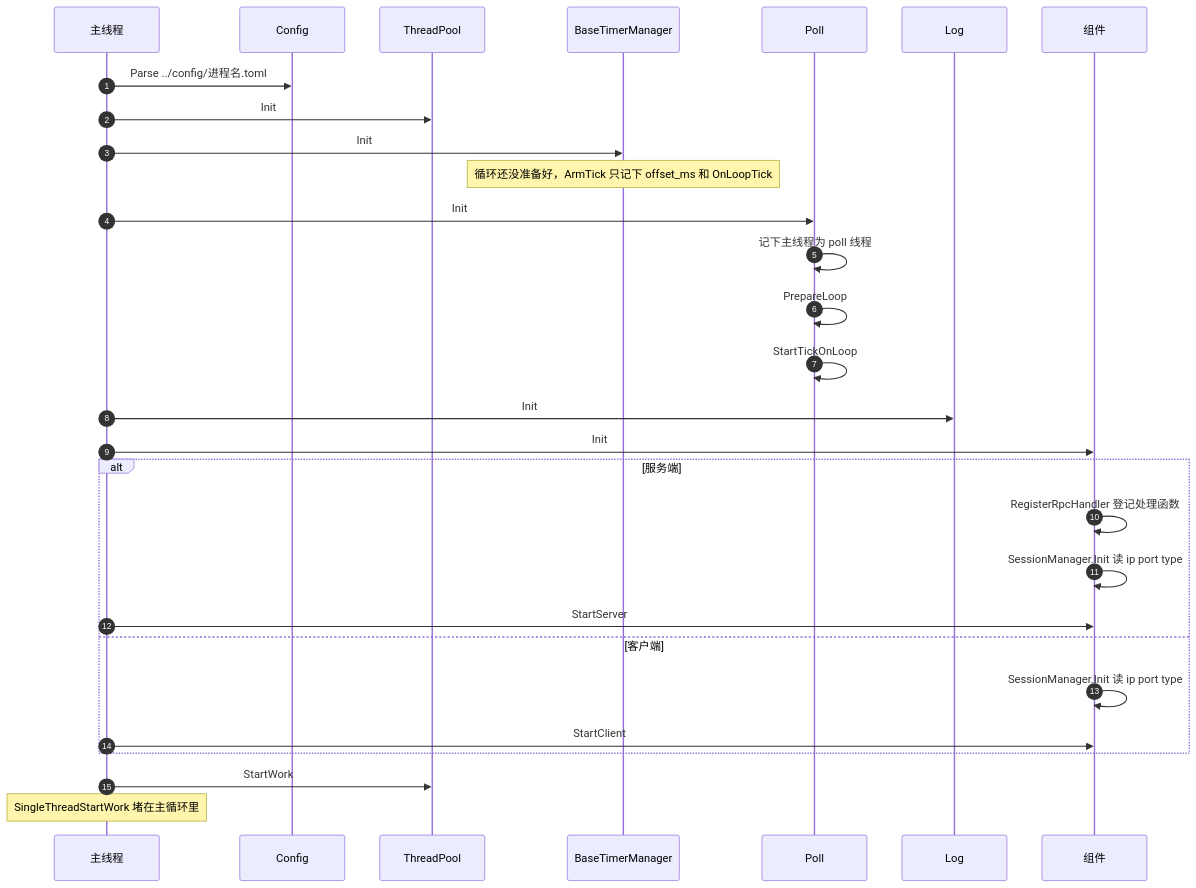
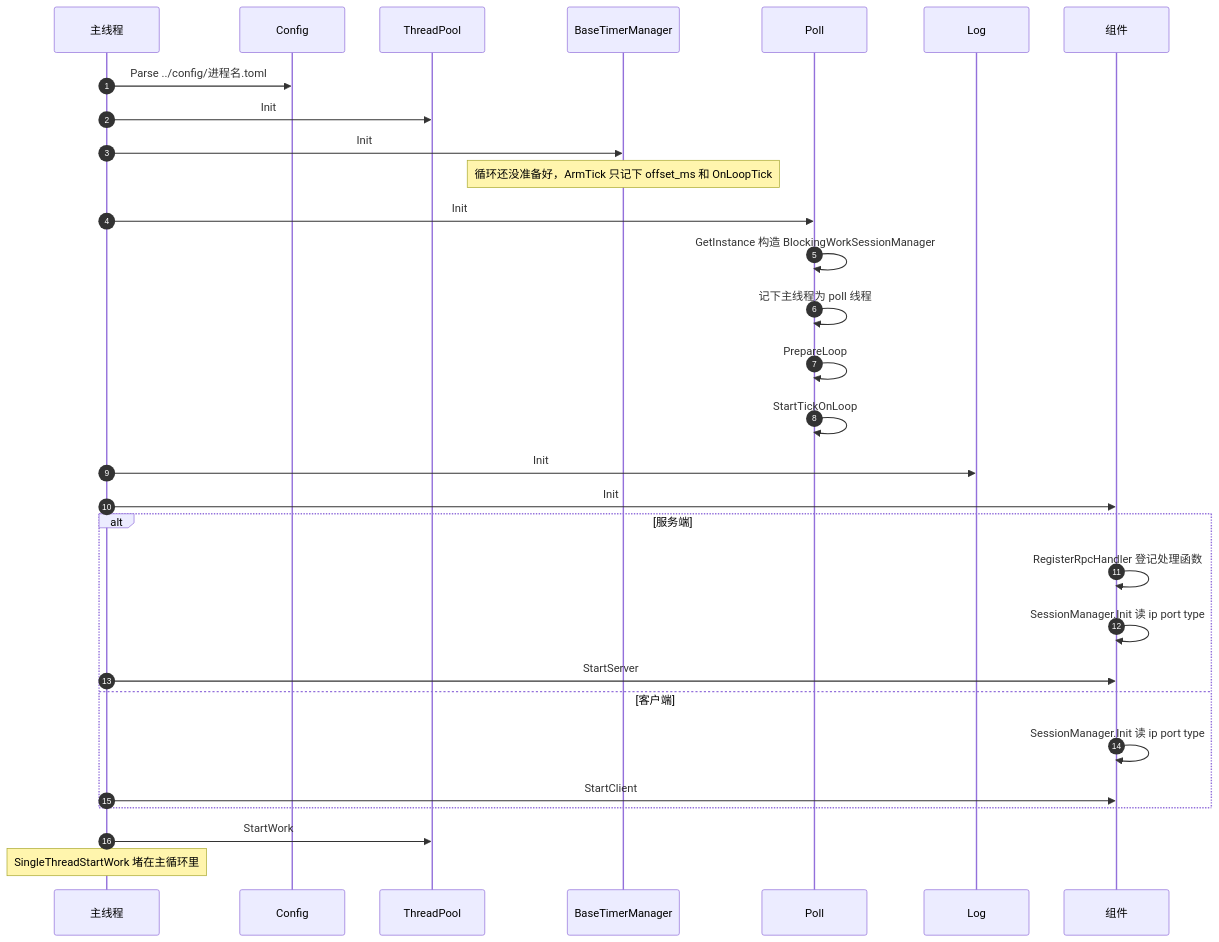
The diagram in docs/sequence-diagram/single-thread/startup.md (orikiaru/openidea), drawn with Mermaid before and after one commit. The commit also changed other lines of this file and 39 other files, not shown here.

Commit message:
非正 RPC 超时打错误日志后按 30 秒等待，避免调用一直挂着。时序图按当前收发和新增路径重写，并记下 11 月 22 日的全量结果。

````diff
--- a/docs/sequence-diagram/single-thread/startup.md
+++ b/docs/sequence-diagram/single-thread/startup.md
@@ -5,32 +7,33 @@
 ```mermaid
 sequenceDiagram
     autonumber
     participant Main as 主线程
     participant Cfg as Config
     participant Pool as ThreadPool
     participant Timer as BaseTimerManager
     participant Poll as Poll
     participant Log as Log
     participant App as 组件
 
     Main->>Cfg: Parse ../config/进程名.toml
     Main->>Pool: Init
     Main->>Timer: Init
     Note over Timer: 循环还没准备好，ArmTick 只记下 offset_ms 和 OnLoopTick
     Main->>Poll: Init
+    Poll->>Poll: GetInstance 构造 BlockingWorkSessionManager
     Poll->>Poll: 记下主线程为 poll 线程
     Poll->>Poll: PrepareLoop
     Poll->>Poll: StartTickOnLoop
     Main->>Log: Init
     Main->>App: Init
     alt 服务端
         App->>App: RegisterRpcHandler 登记处理函数
         App->>App: SessionManager.Init 读 ip port type
         Main->>App: StartServer
     else 客户端
         App->>App: SessionManager.Init 读 ip port type
         Main->>App: StartClient
     end
     Main->>Pool: StartWork
     Note over Main: SingleThreadStartWork 堵在主循环里
 ```
````
